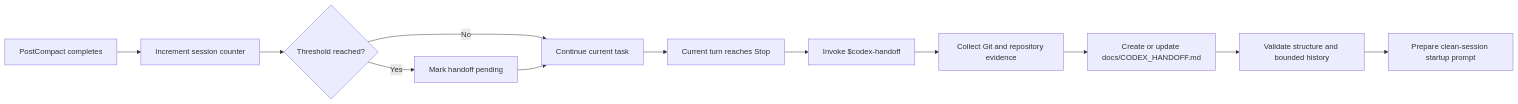
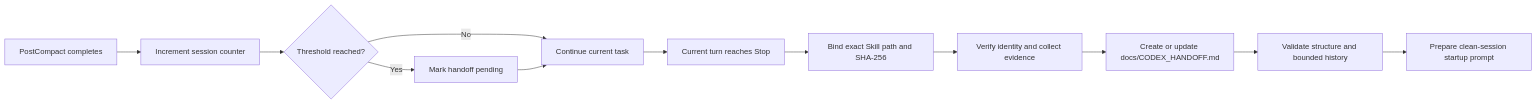
One commit to HaoPan036/codex-handoff changed the diagram in README.md. Above: the diagram before and after it, drawn with Mermaid. The commit also changed other lines of this file and 15 other files, not shown here.

Commit message:
fix: make automatic handoff resolve the plugin skill

````diff
--- a/README.md
+++ b/README.md
@@ -62,14 +62,14 @@
 ```mermaid
 flowchart LR
     A[PostCompact completes] --> B[Increment session counter]
     B --> C{Threshold reached?}
     C -- No --> D[Continue current task]
     C -- Yes --> E[Mark handoff pending]
     E --> D
     D --> F[Current turn reaches Stop]
-    F --> G[Invoke $codex-handoff]
-    G --> H[Collect Git and repository evidence]
+    F --> G[Bind exact Skill path and SHA-256]
+    G --> H[Verify identity and collect evidence]
     H --> I[Create or update docs/CODEX_HANDOFF.md]
     I --> J[Validate structure and bounded history]
     J --> K[Prepare clean-session startup prompt]
 ```
````
